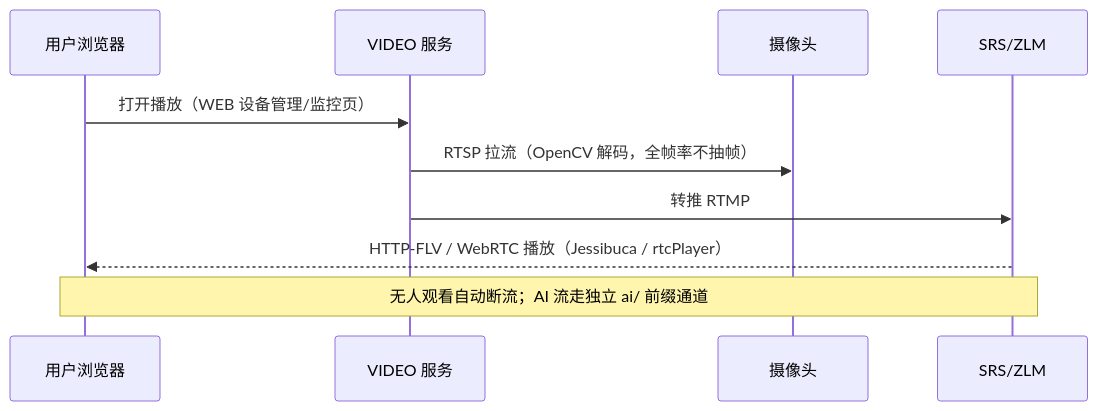
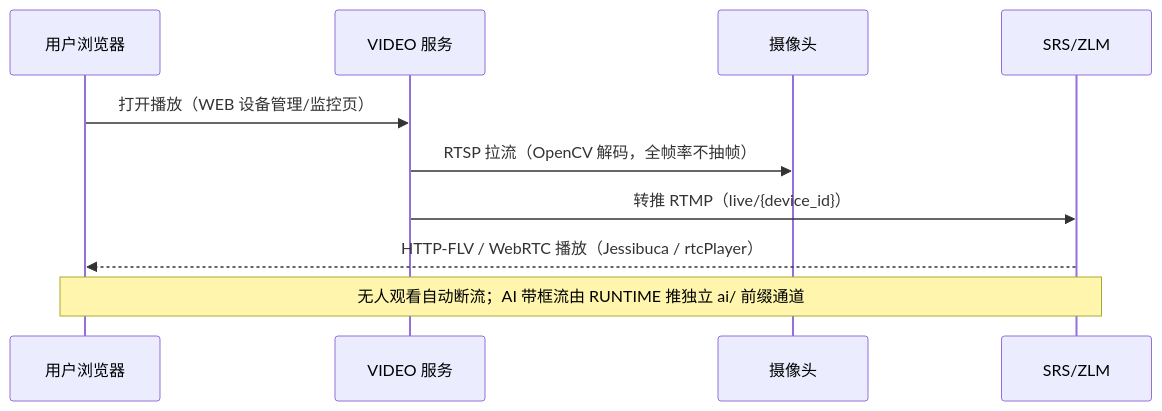
One commit to xinlingzhifei-sh/easyaiot changed the second of 7 diagrams in .doc/架构设计/整体架构详解.md. Above: the diagram before and after it, drawn with Mermaid. The commit also changed other lines of this file and 1 other file, not shown here.

````diff
--- a/.doc/架构设计/整体架构详解.md
+++ b/.doc/架构设计/整体架构详解.md
@@ -132,12 +186,12 @@
 ```mermaid
 sequenceDiagram
     participant U as 用户浏览器
     participant V as VIDEO 服务
     participant C as 摄像头
     participant S as SRS/ZLM
     U->>V: 打开播放（WEB 设备管理/监控页）
     V->>C: RTSP 拉流（OpenCV 解码，全帧率不抽帧）
-    V->>S: 转推 RTMP
+    V->>S: 转推 RTMP（live/{device_id}）
     S-->>U: HTTP-FLV / WebRTC 播放（Jessibuca / rtcPlayer）
-    Note over U,S: 无人观看自动断流；AI 流走独立 ai/ 前缀通道
+    Note over U,S: 无人观看自动断流；AI 带框流由 RUNTIME 推独立 ai/ 前缀通道
 ```
````
